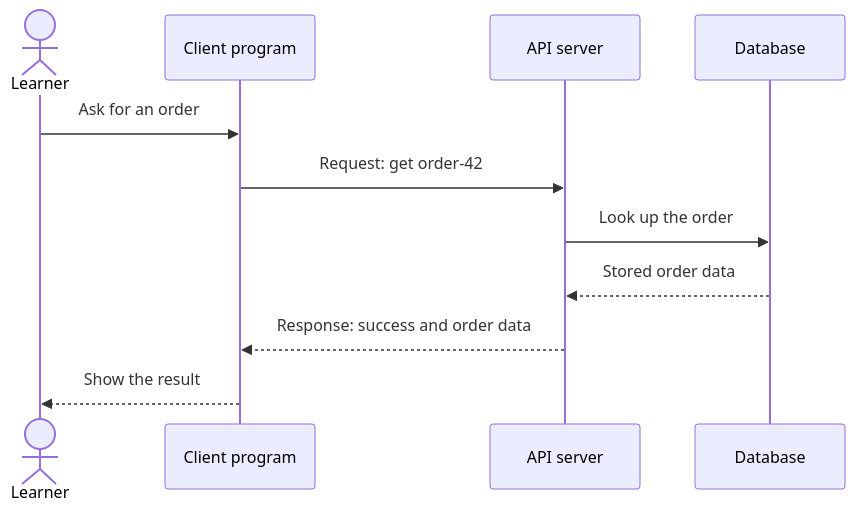
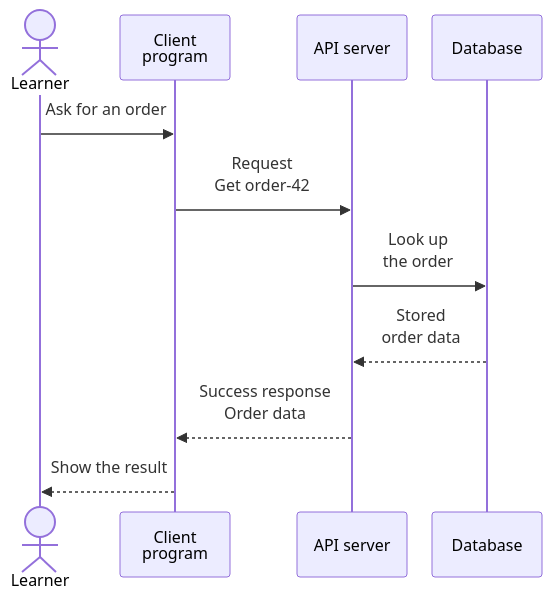
One commit to alikhawaja/training-plans changed the third of 10 diagrams in rest-apis/training-guide.md. Above: the diagram before and after it, drawn with Mermaid. The commit also changed other lines of this file and 1 other file, not shown here.

Commit message:
Improve REST workshop diagram readability

````diff
--- a/rest-apis/training-guide.md
+++ b/rest-apis/training-guide.md
@@ -94,13 +94,14 @@
 ```mermaid
+%%{init: {"sequence": {"wrap": true, "width": 110, "actorMargin": 25}}}%%
 sequenceDiagram
     actor U as Learner
     participant C as Client program
     participant S as API server
     participant D as Database
     U->>C: Ask for an order
-    C->>S: Request: get order-42
-    S->>D: Look up the order
-    D-->>S: Stored order data
-    S-->>C: Response: success and order data
+    C->>S: Request<br/>Get order-42
+    S->>D: Look up<br/>the order
+    D-->>S: Stored<br/>order data
+    S-->>C: Success response<br/>Order data
     C-->>U: Show the result
 ```
````
